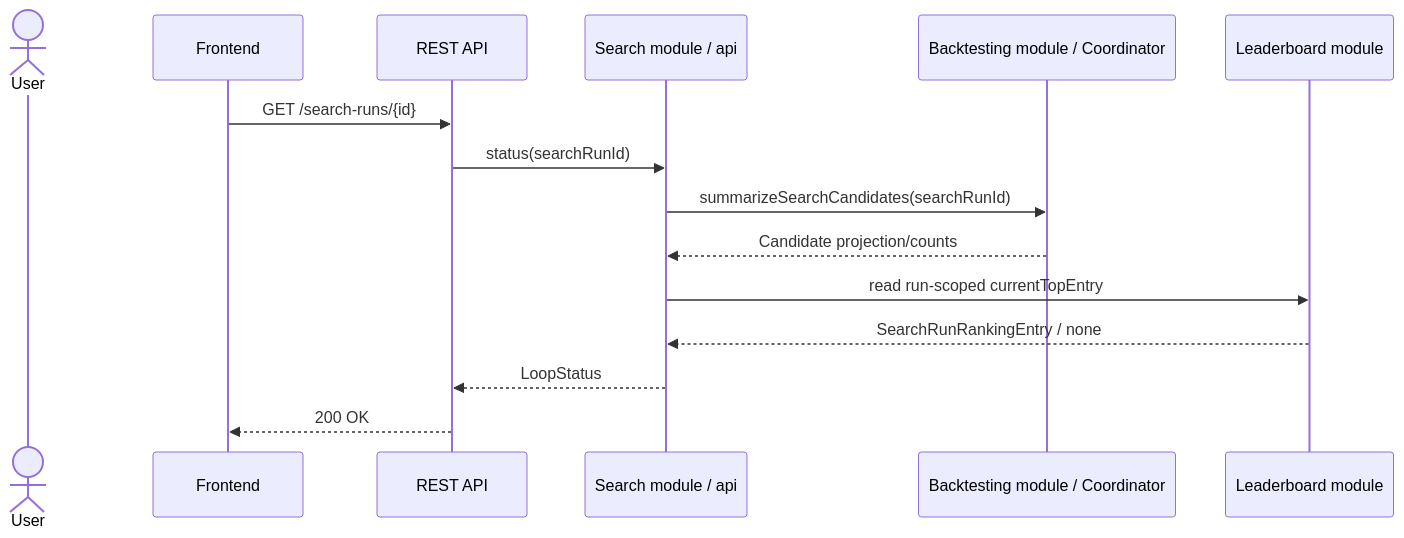
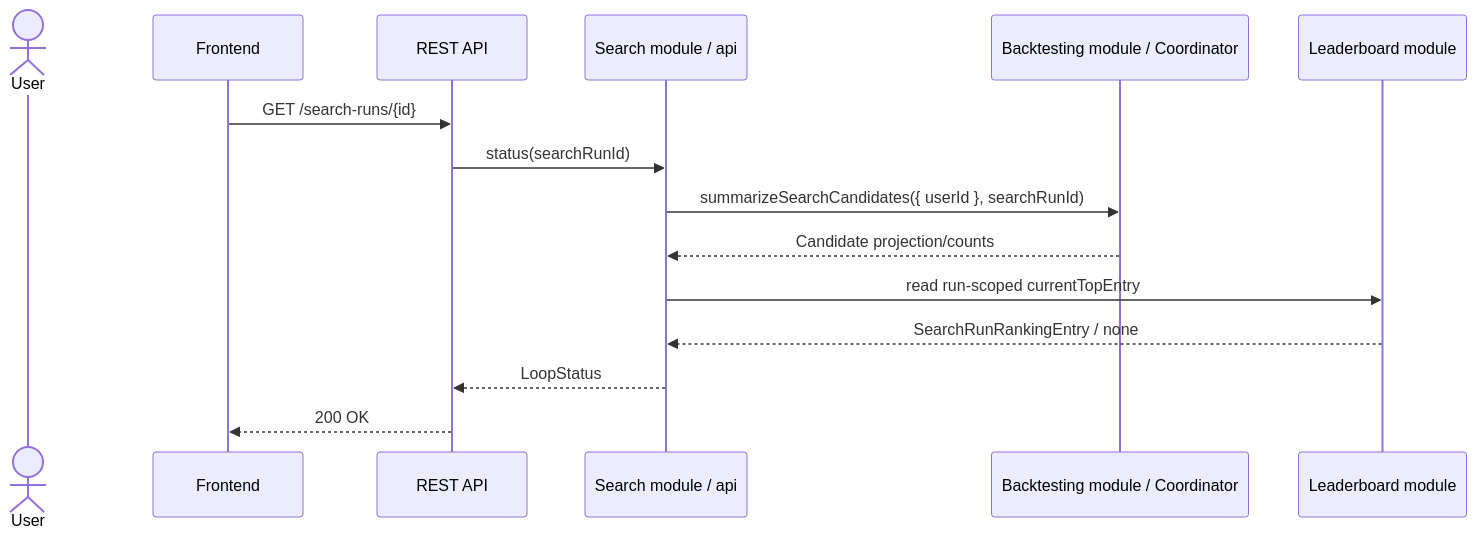
Before and after one commit to thanhdatttt/Cryptox: the seventh of 9 diagrams in openspec/specs/search-spec.md, drawn with Mermaid. The commit also changed other lines of this file and 11 other files, not shown here.

````diff
--- a/openspec/specs/search-spec.md
+++ b/openspec/specs/search-spec.md
@@ -246,18 +252,18 @@
 ```mermaid
 sequenceDiagram
     actor U as User
     participant FE as Frontend
     participant API as REST API
     participant O as Search module / api
     participant BC as Backtesting module / Coordinator
     participant L as Leaderboard module
 
     FE->>API: GET /search-runs/{id}
     API->>O: status(searchRunId)
-    O->>BC: summarizeSearchCandidates(searchRunId)
+    O->>BC: summarizeSearchCandidates({ userId }, searchRunId)
     BC-->>O: Candidate projection/counts
     O->>L: read run-scoped currentTopEntry
     L-->>O: SearchRunRankingEntry / none
     O-->>API: LoopStatus
     API-->>FE: 200 OK
 ```
````
